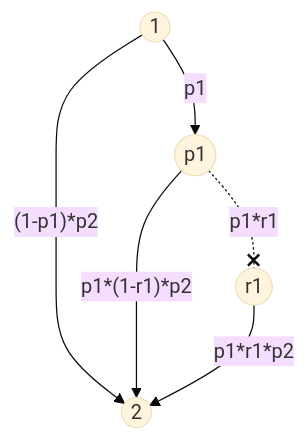
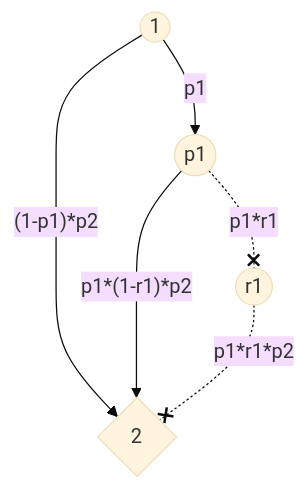
The first of 3 diagrams in vault/sem2/AuW/UE/cx/bf/cx07-bf.md (bfeitknecht/vault), drawn with Mermaid (base theme) before and after one commit. The commit also changed other lines of this file and 2 other files, not shown here.

Commit message:
vault backup: 2024-05-03 23:21:10 from MacBook Pro (echo)
Affected files:
vault/.obsidian/workspace.json
vault/.obsidian/workspaces.json
vault/sem2/AuW/UE/cx/bf/cx07-bf.md

````diff
--- a/vault/sem2/AuW/UE/cx/bf/cx07-bf.md
+++ b/vault/sem2/AuW/UE/cx/bf/cx07-bf.md
@@ -2,10 +2,15 @@
 ```mermaid
 flowchart TD
 
-id1((1))-->|"(1-p1)*p2"|id2((2))
-id1-->|"p1"|id3((p1))
-id3-.-x|"p1*r1"|id4((r1))
+id1((1))
+id2{2}
+id3((p1))
+id4((r1))
+
+id1-->|"(1-p1)*p2"|id2
+id1-->|"p1"|id3
+id3-.-x|"p1*r1"|id4
 id3-->|"p1*(1-r1)*p2"|id2
-id4-->|"p1*r1*p2"|id2
+id4-.-x|"p1*r1*p2"|id2
 
 ```
````
